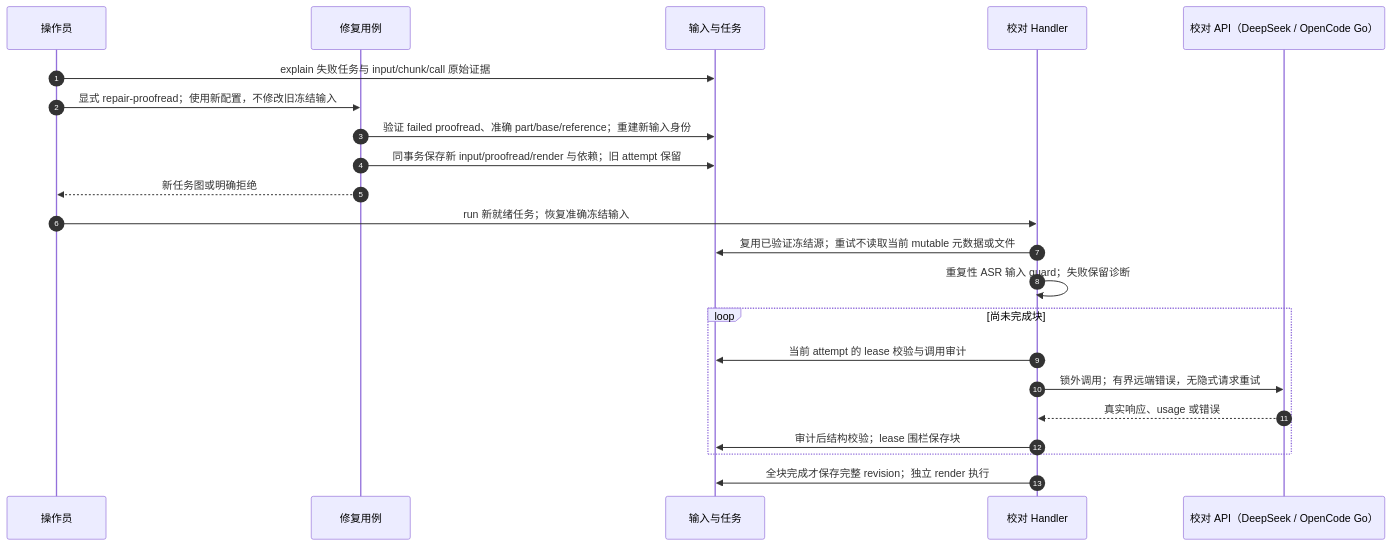
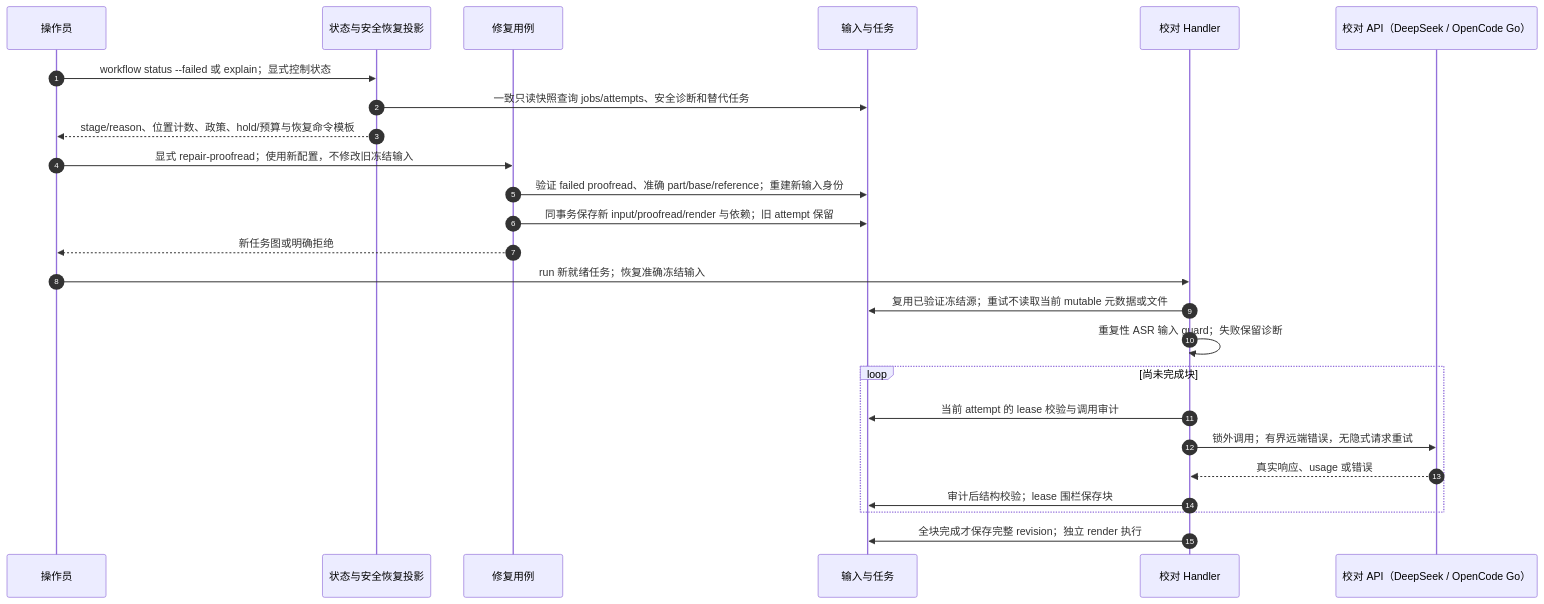
Before and after one commit to SuperCatQR/bilibili-asr-archive: the diagram in docs/30-editorial-repair.md, drawn with Mermaid. The commit also changed other lines of this file and 75 other files, not shown here.

Commit message:
Document failure policy, safe recovery and architecture evidence

````diff
--- a/docs/30-editorial-repair.md
+++ b/docs/30-editorial-repair.md
@@ -7,24 +7,27 @@
 ```mermaid
 sequenceDiagram
     autonumber
     participant op as 操作员
+    participant status as 状态与安全恢复投影
     participant repair as 修复用例
     participant db as 输入与任务
     participant handler as 校对 Handler
     participant ai as 校对 API（DeepSeek / OpenCode Go）
-op->>db: explain 失败任务与 input/chunk/call 原始证据
+    op->>status: workflow status --failed 或 explain；显式控制状态
+    status->>db: 一致只读快照查询 jobs/attempts、安全诊断和替代任务
+    status-->>op: stage/reason、位置计数、政策、hold/预算与恢复命令模板
     op->>repair: 显式 repair-proofread；使用新配置，不修改旧冻结输入
     repair->>db: 验证 failed proofread、准确 part/base/reference；重建新输入身份
     repair->>db: 同事务保存新 input/proofread/render 与依赖；旧 attempt 保留
     repair-->>op: 新任务图或明确拒绝
     op->>handler: run 新就绪任务；恢复准确冻结输入
     handler->>db: 复用已验证冻结源；重试不读取当前 mutable 元数据或文件
     handler->>handler: 重复性 ASR 输入 guard；失败保留诊断
     loop 尚未完成块
         handler->>db: 当前 attempt 的 lease 校验与调用审计
         handler->>ai: 锁外调用；有界远端错误，无隐式请求重试
         ai-->>handler: 真实响应、usage 或错误
         handler->>db: 审计后结构校验；lease 围栏保存块
     end
     handler->>db: 全块完成才保存完整 revision；独立 render 执行
 ```
````
